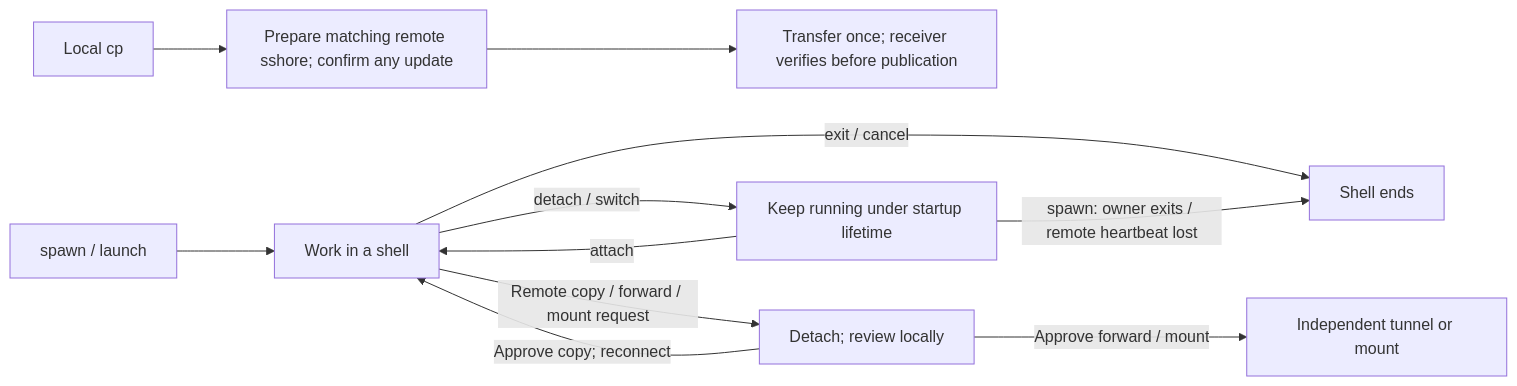
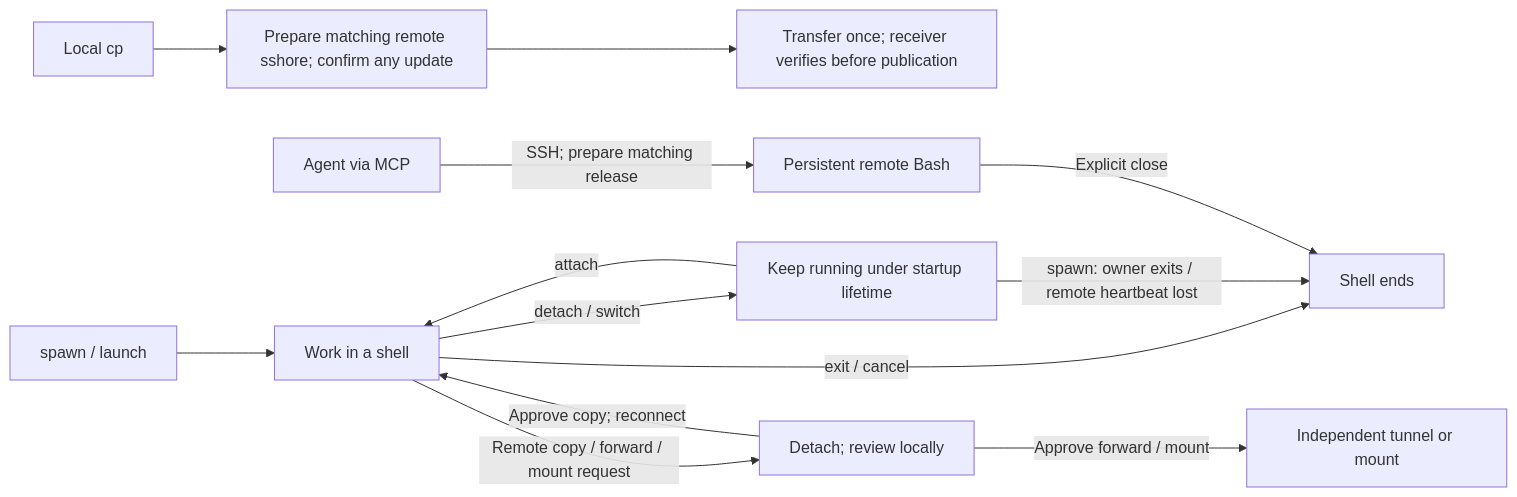
One commit to jay-waves/sshore changed the diagram in README.md. Above: the diagram before and after it, drawn with Mermaid. The commit also changed other lines of this file and 34 other files, not shown here.

Commit message:
Add MCP tools for persistent remote Bash sessions and SSH exec

````diff
--- a/README.md
+++ b/README.md
@@ -64,13 +64,15 @@
 ```mermaid
 flowchart LR
     copy["Local cp"] --> helper["Prepare matching remote sshore; confirm any update"]
     helper --> verified["Transfer once; receiver verifies before publication"]
     start["spawn / launch"] --> shell["Work in a shell"]
     shell -->|"detach / switch"| background["Keep running under startup lifetime"]
     background -->|"attach"| shell
     shell -->|"Remote copy / forward / mount request"| review["Detach; review locally"]
     review -->|"Approve copy; reconnect"| shell
     review -->|"Approve forward / mount"| resource["Independent tunnel or mount"]
     shell -->|"exit / cancel"| ended["Shell ends"]
     background -->|"spawn: owner exits / remote heartbeat lost"| ended
+    agent["Agent via MCP"] -->|"SSH; prepare matching release"| bash["Persistent remote Bash"]
+    bash -->|"Explicit close"| ended
 ```
````
